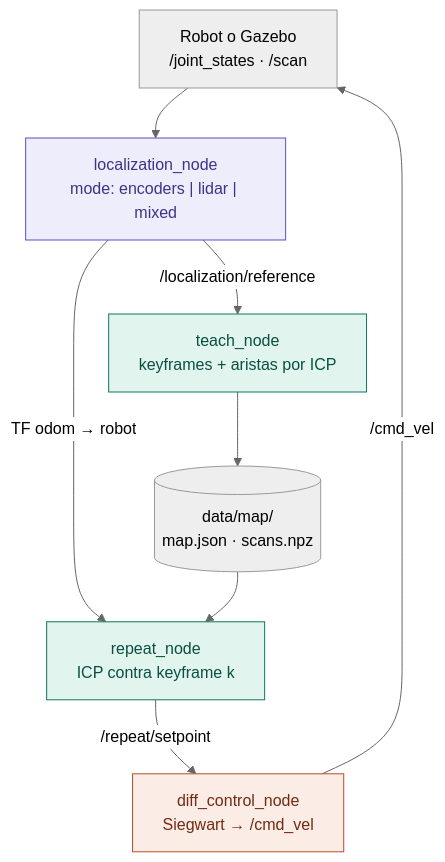
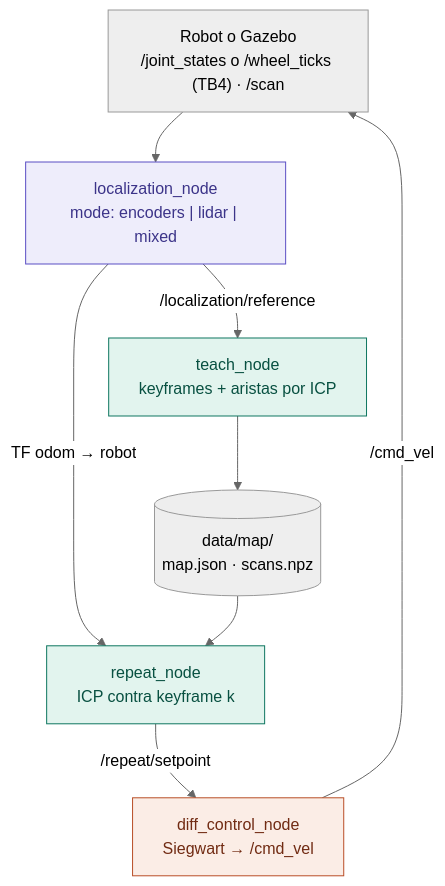
One commit to juan-kaplan/marauder changed the first of 2 diagrams in docs/tp1/arquitectura.md. Above: the diagram before and after it, drawn with Mermaid (neutral theme). The commit also changed other lines of this file and 1 other file, not shown here.

````diff
--- a/docs/tp1/arquitectura.md
+++ b/docs/tp1/arquitectura.md
@@ -43,24 +43,24 @@
 ```mermaid
 flowchart TD
-    robot["Robot o Gazebo<br/>/joint_states · /scan"]
+    robot["Robot o Gazebo<br/>/joint_states o /wheel_ticks (TB4) · /scan"]
     loc["localization_node<br/>mode: encoders | lidar | mixed"]
     teach["teach_node<br/>keyframes + aristas por ICP"]
     repeat["repeat_node<br/>ICP contra keyframe k"]
     map[("data/map/<br/>map.json · scans.npz")]
     ctl["diff_control_node<br/>Siegwart → /cmd_vel"]
 
     robot --> loc
     loc -- "/localization/reference" --> teach
     loc -- "TF odom → robot" --> repeat
     teach --> map
     map --> repeat
     repeat -- "/repeat/setpoint" --> ctl
     ctl -- "/cmd_vel" --> robot
 
     classDef capa1 fill:#EEEDFB,stroke:#5B4FC4,color:#3C3489
     classDef capa2 fill:#E2F4EE,stroke:#0E7660,color:#085041
     classDef control fill:#FBEDE6,stroke:#B94E27,color:#712B13
     class loc capa1
     class teach,repeat capa2
     class ctl control
 ```
````
